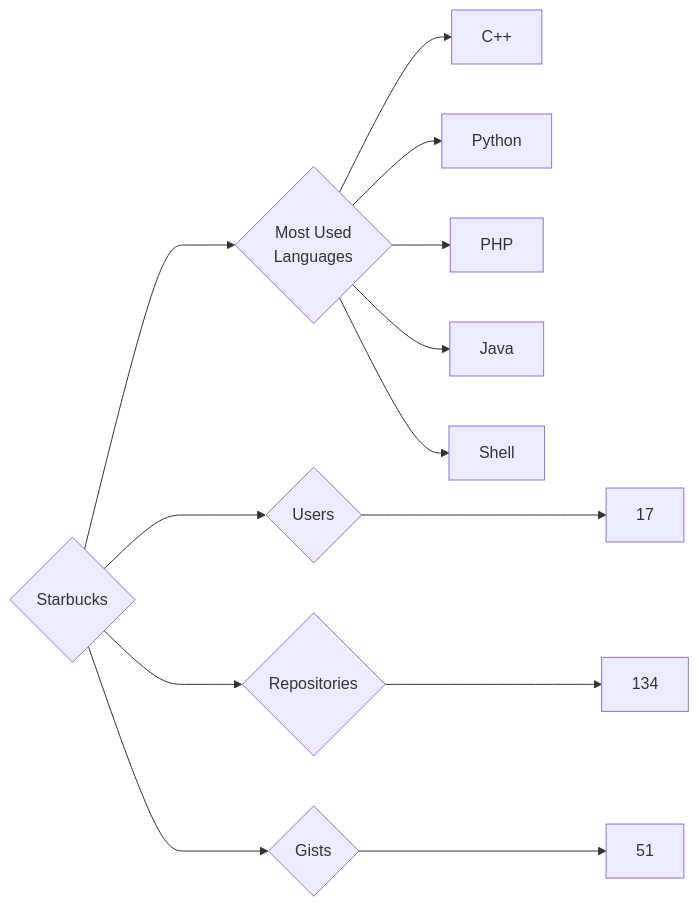
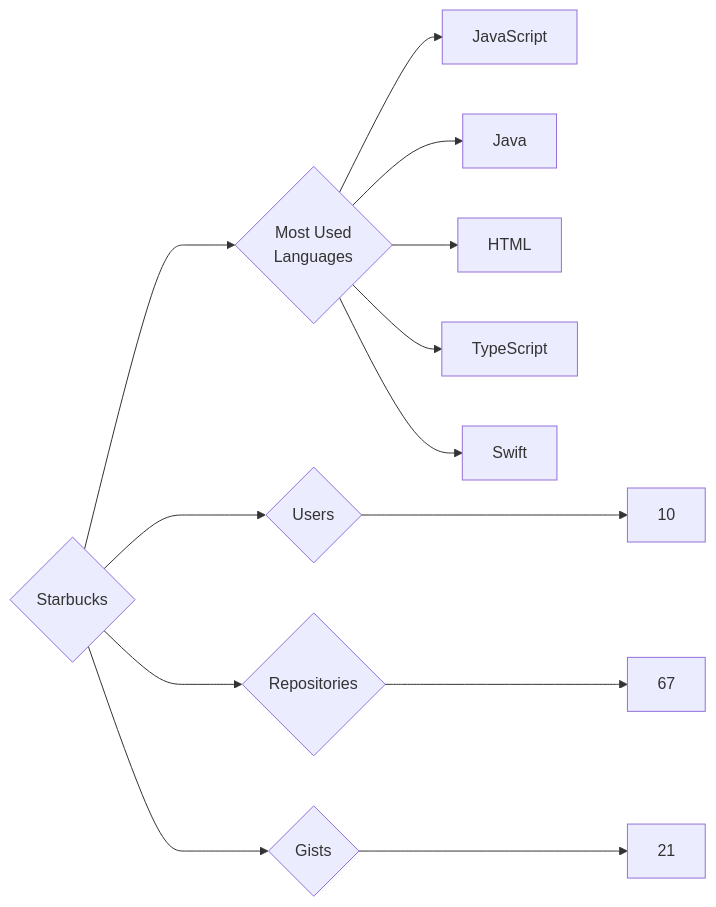
One commit to trickest/insiders changed the diagram in targets/Starbucks/README.md. Above: the diagram before and after it, drawn with Mermaid. The commit also changed 903 other files, not shown here.

````diff
--- a/targets/Starbucks/README.md
+++ b/targets/Starbucks/README.md
@@ -3,13 +3,13 @@
 ```mermaid
 graph LR
 COMPANY_NAME{Starbucks}
-COMPANY_NAME ---> U{Users} ---> UN[17]
-COMPANY_NAME ---> R{Repositories} ---> RN[134]
-COMPANY_NAME ---> G{Gists} ---> GN[51]
+COMPANY_NAME ---> U{Users} ---> UN[10]
+COMPANY_NAME ---> R{Repositories} ---> RN[67]
+COMPANY_NAME ---> G{Gists} ---> GN[21]
 COMPANY_NAME ---> ML{Most Used<br>Languages}
-ML --> C++[C++]
-ML --> Python[Python]
-ML --> PHP[PHP]
+ML --> JavaScript[JavaScript]
 ML --> Java[Java]
-ML --> Shell[Shell]
+ML --> HTML[HTML]
+ML --> TypeScript[TypeScript]
+ML --> Swift[Swift]
 ```
````
